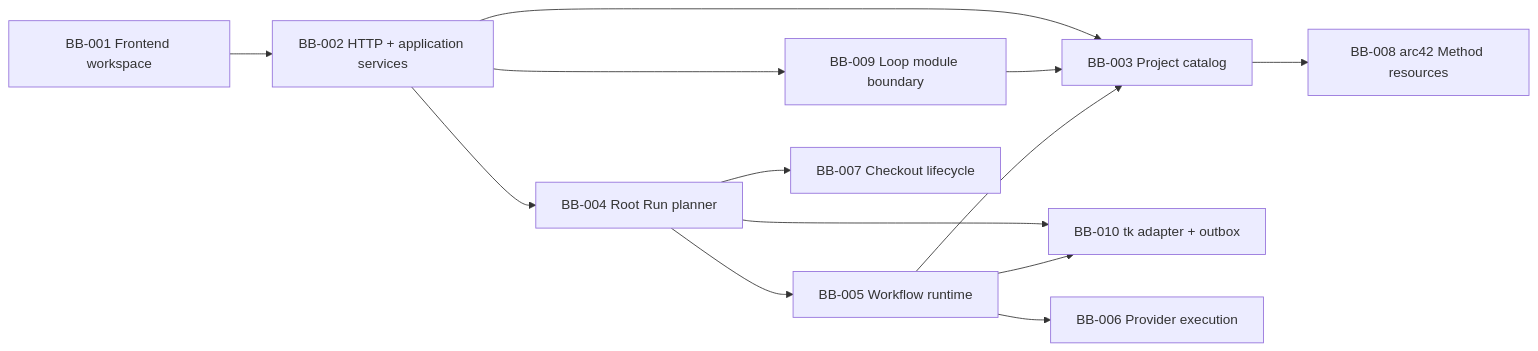
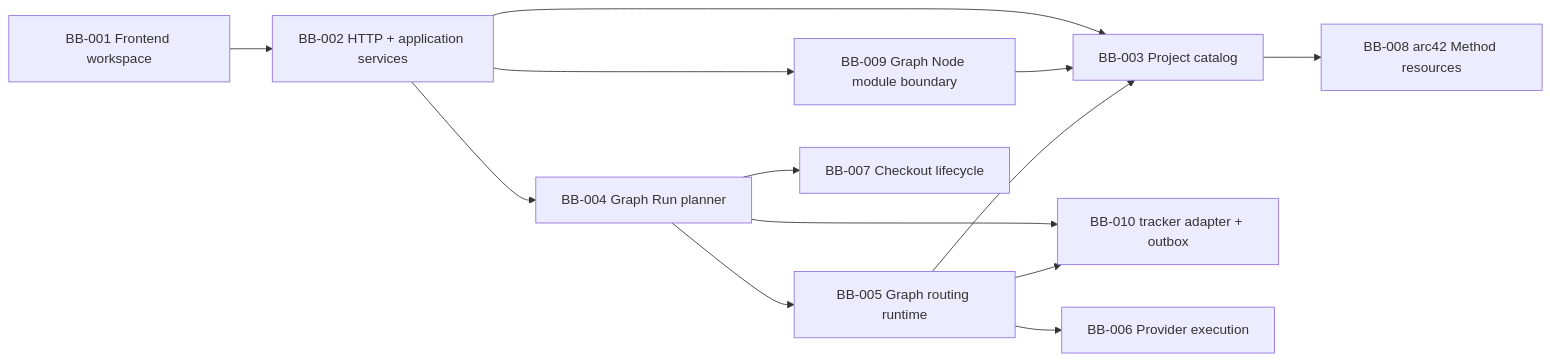
Before and after one commit to isinisalo/ballet: the diagram in .ballet/arc42/05-building-block-view.md, drawn with Mermaid. The commit also changed other lines of this file and 344 other files, not shown here.

````diff
--- a/.ballet/arc42/05-building-block-view.md
+++ b/.ballet/arc42/05-building-block-view.md
@@ -26,15 +26,15 @@
 ```mermaid
 flowchart LR
   ui["BB-001 Frontend workspace"] --> api["BB-002 HTTP + application services"]
   api --> catalog["BB-003 Project catalog"]
-  api --> planner["BB-004 Root Run planner"]
-  api --> modules["BB-009 Loop module boundary"]
-  planner --> runtime["BB-005 Workflow runtime"]
-  planner --> tracker["BB-010 tk adapter + outbox"]
+  api --> planner["BB-004 Graph Run planner"]
+  api --> modules["BB-009 Graph Node module boundary"]
+  planner --> runtime["BB-005 Graph routing runtime"]
+  planner --> tracker["BB-010 tracker adapter + outbox"]
   runtime --> tracker
   runtime --> execution["BB-006 Provider execution"]
   planner --> lifecycle["BB-007 Checkout lifecycle"]
   catalog --> method["BB-008 arc42 Method resources"]
   modules --> catalog
   runtime --> catalog
 ```
````
